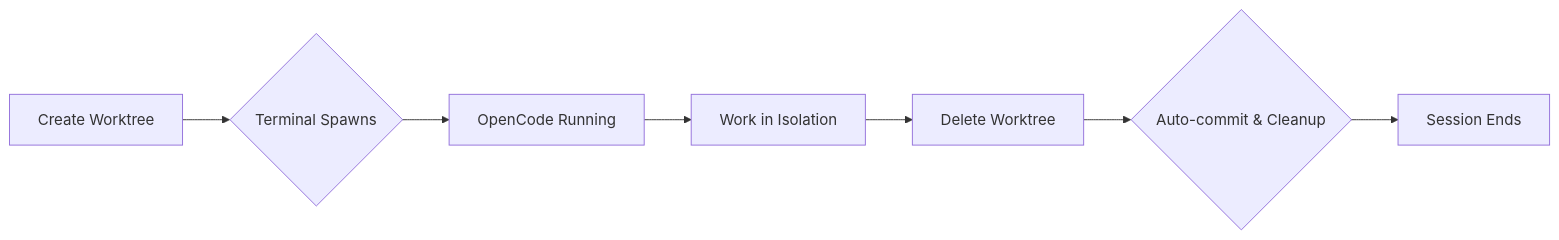
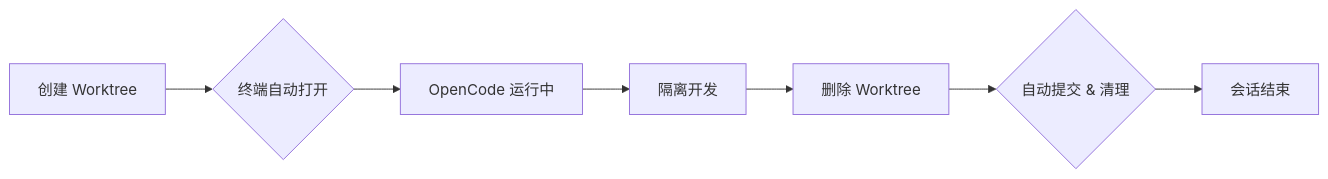
One commit to devcxl/opencode-worktree changed the diagram in README.md. Above: the diagram before and after it, drawn with Mermaid. The commit also changed other lines of this file and 1 other file, not shown here.

````diff
--- a/README.md
+++ b/README.md
@@ -29,9 +57,9 @@
 ```mermaid
 flowchart LR
-    A[Create Worktree] --> B{Terminal Spawns}
-    B --> C[OpenCode Running]
-    C --> D[Work in Isolation]
-    D --> E[Delete Worktree]
-    E --> F{Auto-commit & Cleanup}
-    F --> G[Session Ends]
+    A[创建 Worktree] --> B{终端自动打开}
+    B --> C[OpenCode 运行中]
+    C --> D[隔离开发]
+    D --> E[删除 Worktree]
+    E --> F{自动提交 & 清理}
+    F --> G[会话结束]
 ```
````
